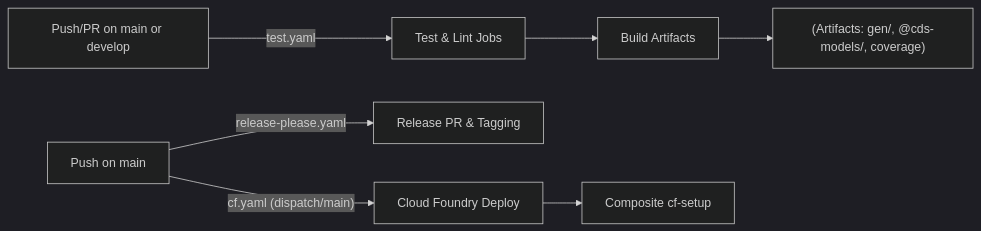
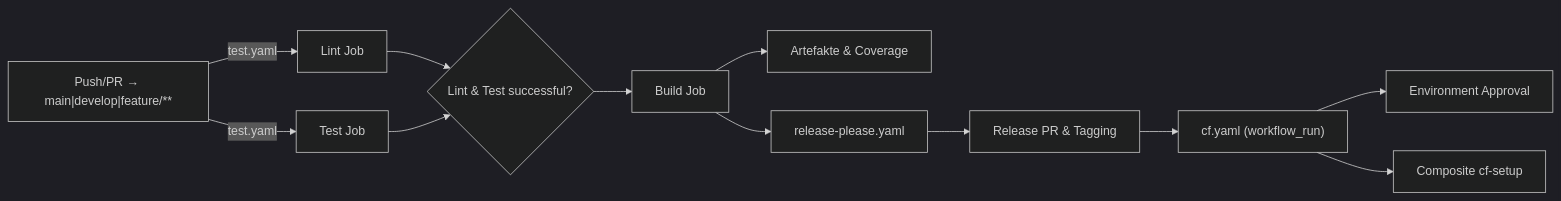
One commit to nimble-123/cap-fiori-timetracking changed the second of 3 diagrams in README.md. Above: the diagram before and after it, drawn with Mermaid (dark theme). The commit also changed other lines of this file and 1 other file, not shown here.

Commit message:
feat: Update CI/CD workflow documentation for improved clarity and accuracy

````diff
--- a/README.md
+++ b/README.md
@@ -341,9 +341,14 @@
 ```mermaid
 flowchart LR
-    A["Push/PR on main or develop"] -->|"test.yaml"| B["Test & Lint Jobs"]
-    B --> C["Build Artifacts"]
-    C --> D["(Artifacts: gen/, @cds-models/, coverage)"]
-    E["Push on main"] -->|"release-please.yaml"| F["Release PR & Tagging"]
-    E -->|"cf.yaml (dispatch/main)"| G["Cloud Foundry Deploy"]
-    G --> H["Composite cf-setup"]
+    A["Push/PR → main|develop|feature/**"] -->|test.yaml| B["Lint Job"]
+    A -->|test.yaml| C["Test Job"]
+    B --> D{Lint & Test successful?}
+    C --> D
+    D --> E["Build Job"]
+    E --> F["Artefakte & Coverage"]
+    E --> G["release-please.yaml"]
+    G --> H["Release PR & Tagging"]
+    H --> I["cf.yaml (workflow_run)"]
+    I --> J["Environment Approval"]
+    I --> K["Composite cf-setup"]
 ```
````
